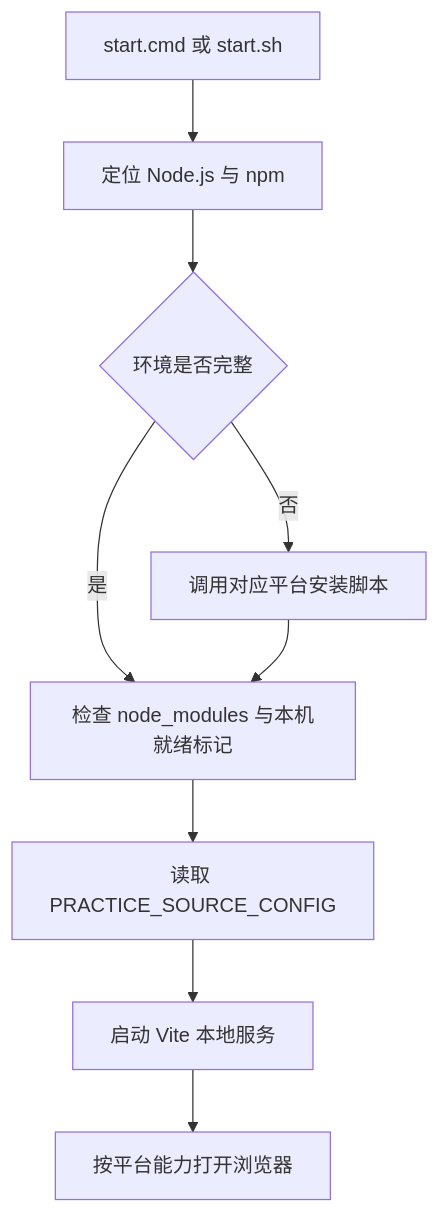
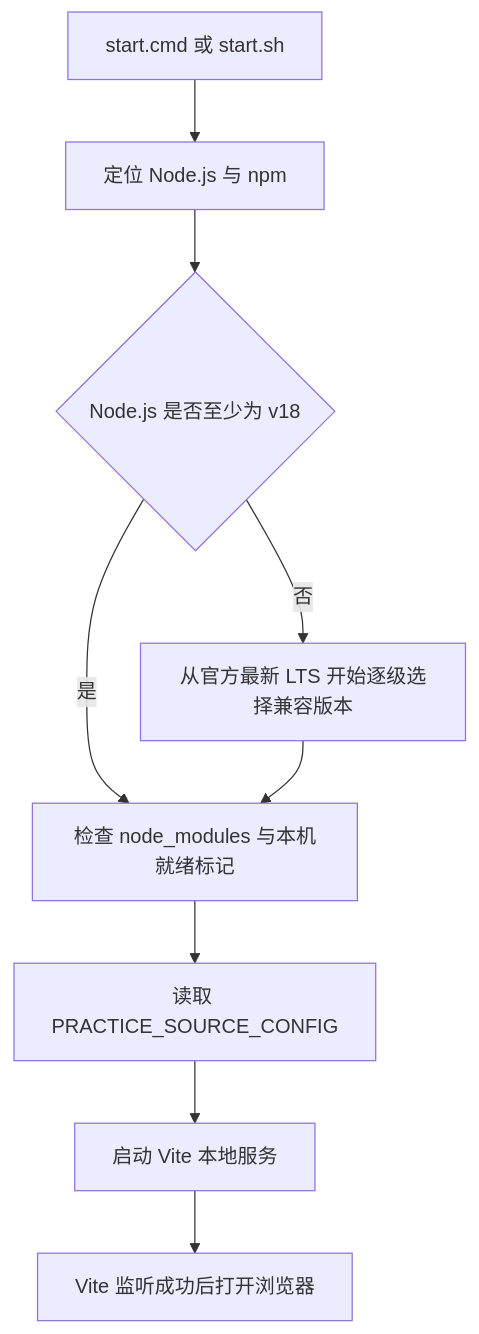
One commit to FormingSystem/linux_note changed the second of 2 diagrams in tools/practice_tool/docs/cross_platform_and_repository_independence.md. Above: the diagram before and after it, drawn with Mermaid. The commit also changed other lines of this file and 11 other files, not shown here.

````diff
--- a/tools/practice_tool/docs/cross_platform_and_repository_independence.md
+++ b/tools/practice_tool/docs/cross_platform_and_repository_independence.md
@@ -191,11 +191,11 @@
 ```mermaid
 flowchart TD
     E["start.cmd 或 start.sh"] --> N["定位 Node.js 与 npm"]
-    N --> I{"环境是否完整"}
-    I -->|"否"| P["调用对应平台安装脚本"]
+    N --> I{"Node.js 是否至少为 v18"}
+    I -->|"否"| P["从官方最新 LTS 开始逐级选择兼容版本"]
     I -->|"是"| D["检查 node_modules 与本机就绪标记"]
     P --> D
     D --> C["读取 PRACTICE_SOURCE_CONFIG"]
     C --> V["启动 Vite 本地服务"]
-    V --> B["按平台能力打开浏览器"]
+    V --> B["Vite 监听成功后打开浏览器"]
 ```
````
